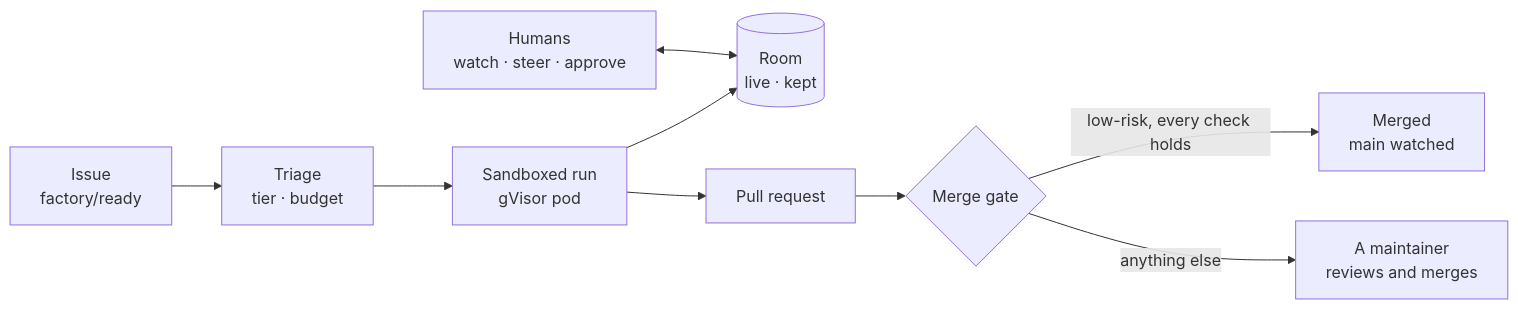
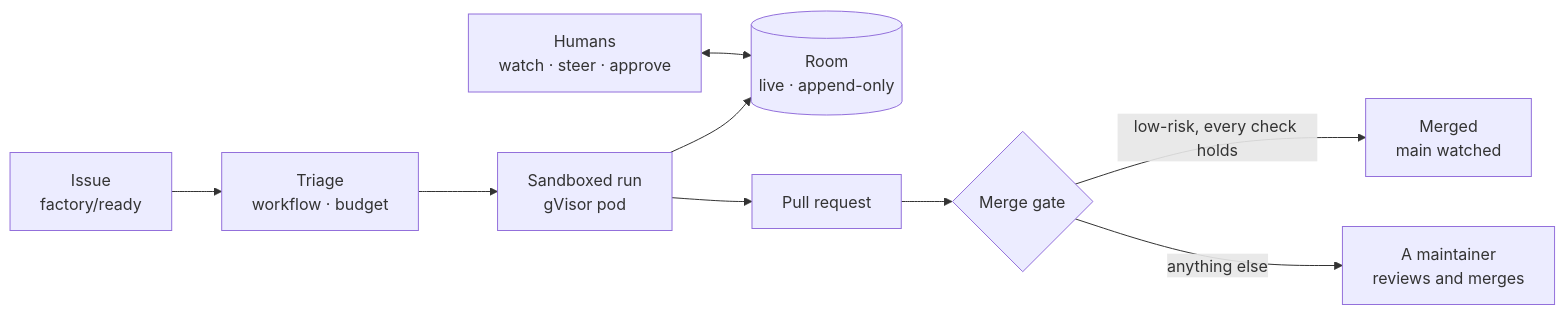
The diagram in README.md (Smana/maku), drawn with Mermaid before and after one commit. The commit also changed other lines of this file and 20 other files, not shown here.

````diff
--- a/README.md
+++ b/README.md
@@ -88,9 +20,9 @@
 ```mermaid
 flowchart LR
-  issue["Issue<br/>factory/ready"] --> triage["Triage<br/>tier · budget"] --> run["Sandboxed run<br/>gVisor pod"]
-  run --> room[("Room<br/>live · kept")]
+  issue["Issue<br/>factory/ready"] --> triage["Triage<br/>workflow · budget"] --> run["Sandboxed run<br/>gVisor pod"]
+  run --> room[("Room<br/>live · append-only")]
   humans["Humans<br/>watch · steer · approve"] <--> room
   run --> pr["Pull request"] --> gate{"Merge gate"}
   gate -->|"low-risk, every check holds"| merged["Merged<br/>main watched"]
   gate -->|"anything else"| human["A maintainer<br/>reviews and merges"]
 ```
````
